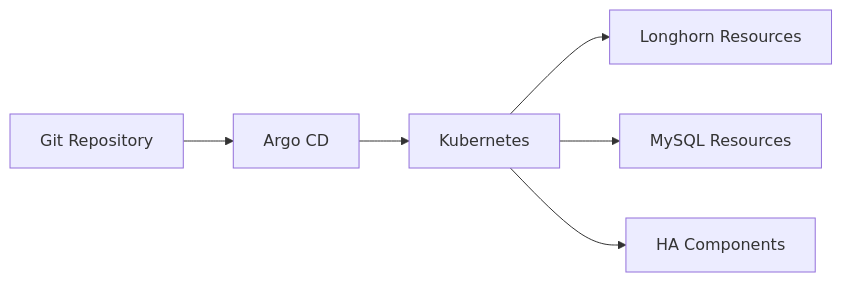
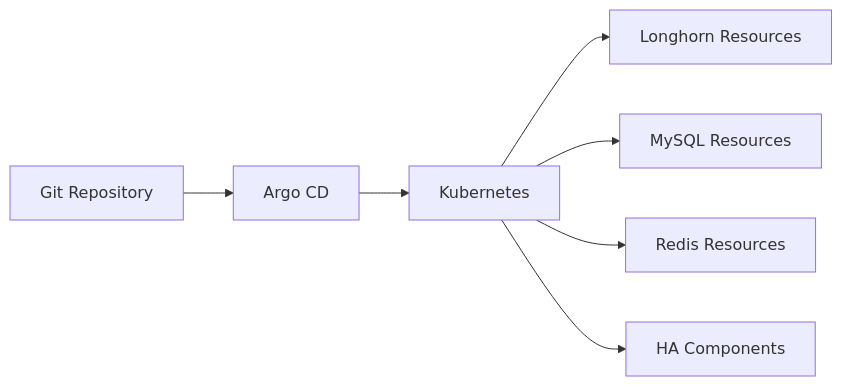
Diagram 20 of 23 in docs/05-storage/README.md (ahmed-sayed-devops/microservices-platform-gitops), drawn with Mermaid before and after one commit. The commit also changed other lines of this file, not shown here.

Commit message:
docs: document Redis caching layer

````diff
--- a/docs/05-storage/README.md
+++ b/docs/05-storage/README.md
@@ -616,20 +783,24 @@
 ```mermaid
 graph LR
     GIT[Git Repository]
 
     ARGO[Argo CD]
 
     K8S[Kubernetes]
 
     STORAGE[Longhorn Resources]
 
     MYSQL[MySQL Resources]
 
+    REDIS[Redis Resources]
+
     HA[HA Components]
 
     GIT --> ARGO
     ARGO --> K8S
+
     K8S --> STORAGE
     K8S --> MYSQL
+    K8S --> REDIS
     K8S --> HA
 ```
````
